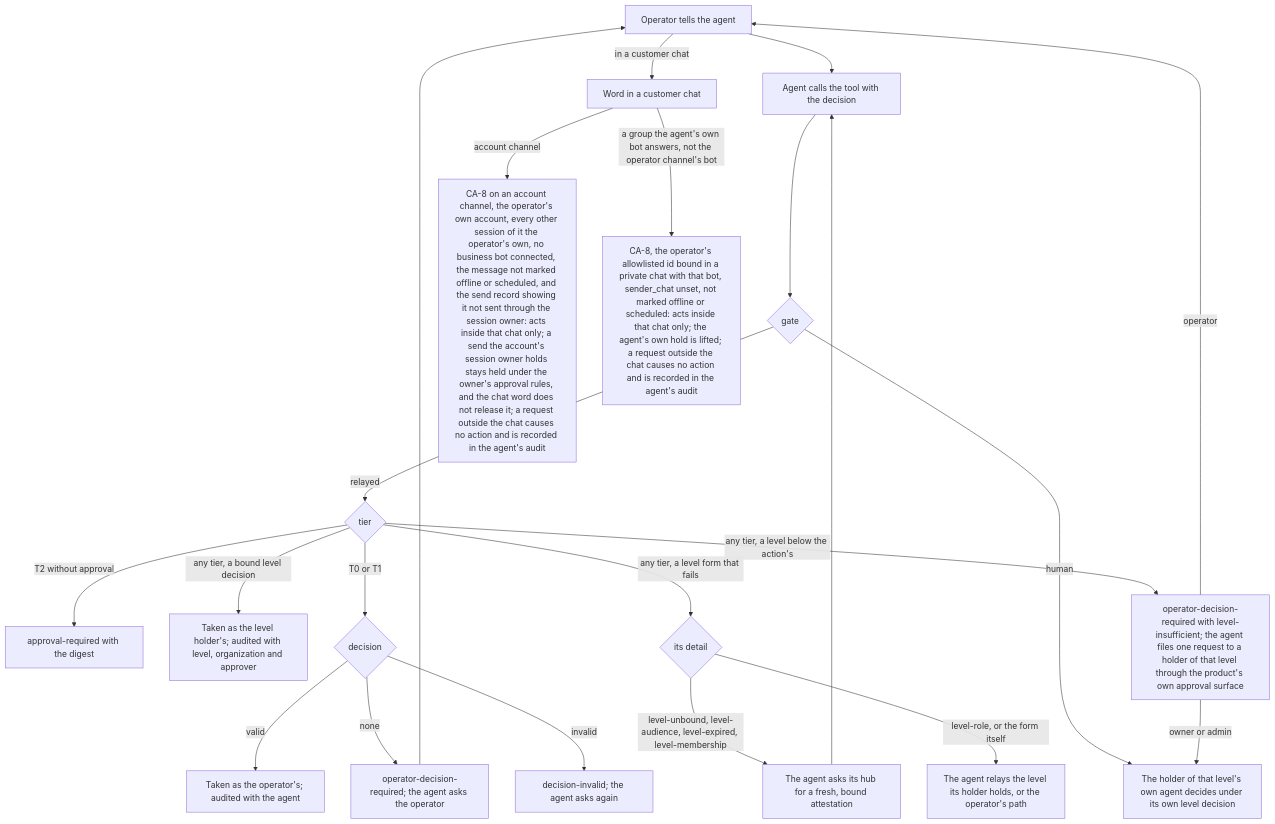
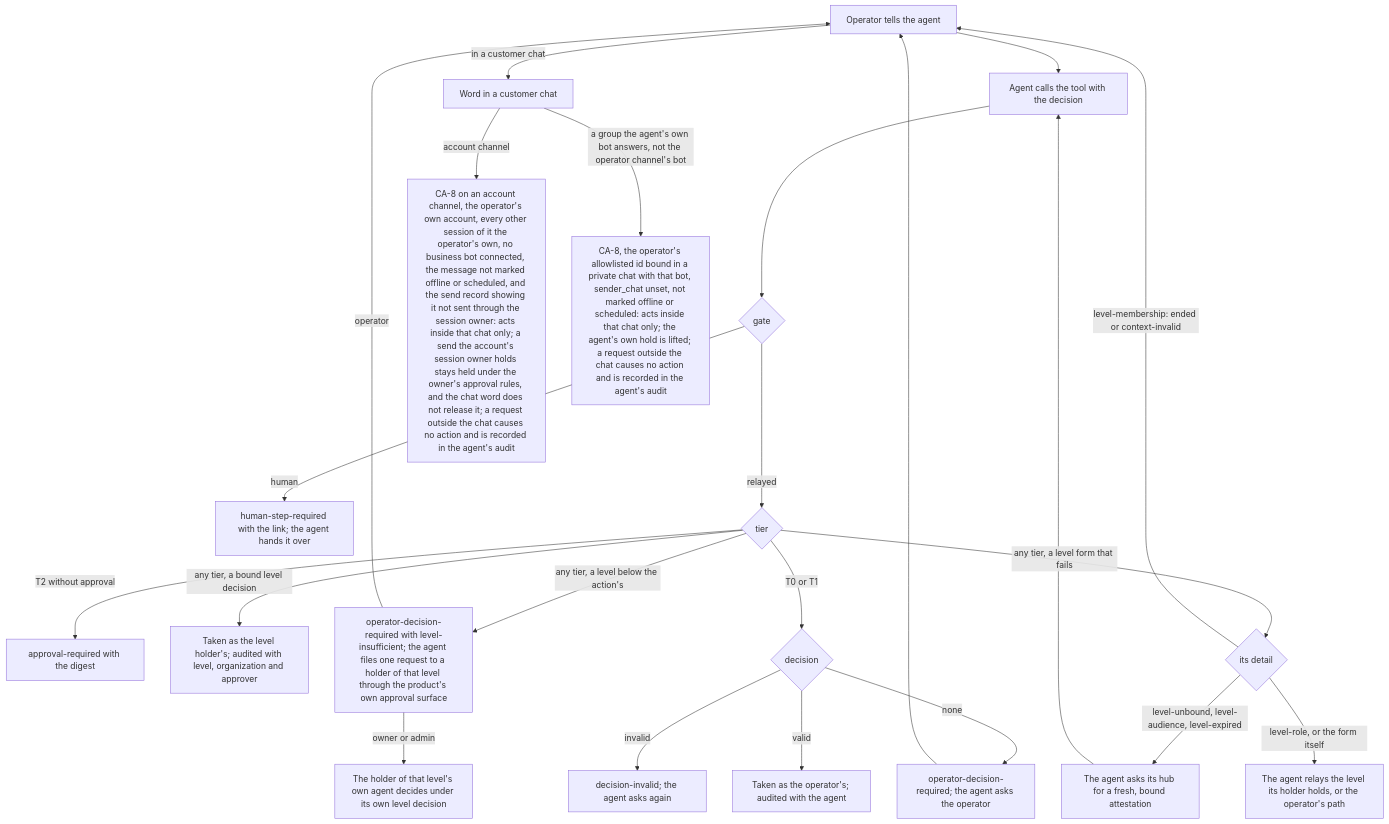
One commit to passioncode-ai/fabric-agent-contract changed diagram 29 of 34 in docs/ux/flows.md. Above: the diagram before and after it, drawn with Mermaid. The commit also changed 17 other files, not shown here.

Commit message:
DEC-0162 round 5 folded: one list of the acts no level decides, FAC-SEM-142's authority text, the ports' recipe names mandate-level, a T2 level mandate beside an operator decision is read, a mistyped level is the strictest, question 10

````diff
--- a/docs/ux/flows.md
+++ b/docs/ux/flows.md
@@ -752,24 +752,25 @@
 ```mermaid
 flowchart TD
   O[Operator tells the agent] --> C[Agent calls the tool with the decision]
   C --> G{gate}
   G -->|human| H[human-step-required with the link; the agent hands it over]
   G -->|relayed| T{tier}
   T -->|T2 without approval| A[approval-required with the digest]
   T -->|any tier, a bound level decision| L[Taken as the level holder's; audited with level, organization and approver]
   T -->|any tier, a level below the action's| N[operator-decision-required with level-insufficient; the agent files one request to a holder of that level through the product's own approval surface]
   T -->|any tier, a level form that fails| V{its detail}
-  V -->|level-unbound, level-audience, level-expired, level-membership| VF[The agent asks its hub for a fresh, bound attestation]
+  V -->|level-unbound, level-audience, level-expired| VF[The agent asks its hub for a fresh, bound attestation]
+  V -->|level-membership: ended or context-invalid| O
   VF --> C
   V -->|level-role, or the form itself| VC[The agent relays the level its holder holds, or the operator's path]
-  N -->|owner or admin| H[The holder of that level's own agent decides under its own level decision]
+  N -->|owner or admin| HL[The holder of that level's own agent decides under its own level decision]
   N -->|operator| O
   T -->|T0 or T1| D{decision}
   D -->|none| Q[operator-decision-required; the agent asks the operator]
   Q --> O
   D -->|invalid| I[decision-invalid; the agent asks again]
   D -->|valid| R[Taken as the operator's; audited with the agent]
   O -->|in a customer chat| W[Word in a customer chat]
   W -->|account channel| K[CA-8 on an account channel, the operator's own account, every other session of it the operator's own, no business bot connected, the message not marked offline or scheduled, and the send record showing it not sent through the session owner: acts inside that chat only; a send the account's session owner holds stays held under the owner's approval rules, and the chat word does not release it; a request outside the chat causes no action and is recorded in the agent's audit]
   W -->|a group the agent's own bot answers, not the operator channel's bot| B[CA-8, the operator's allowlisted id bound in a private chat with that bot, sender_chat unset, not marked offline or scheduled: acts inside that chat only; the agent's own hold is lifted; a request outside the chat causes no action and is recorded in the agent's audit]
 ```
````
